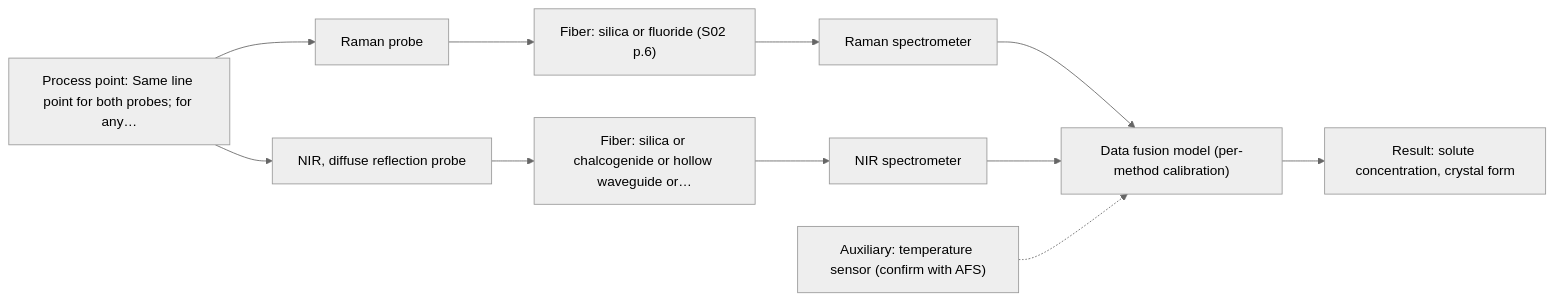
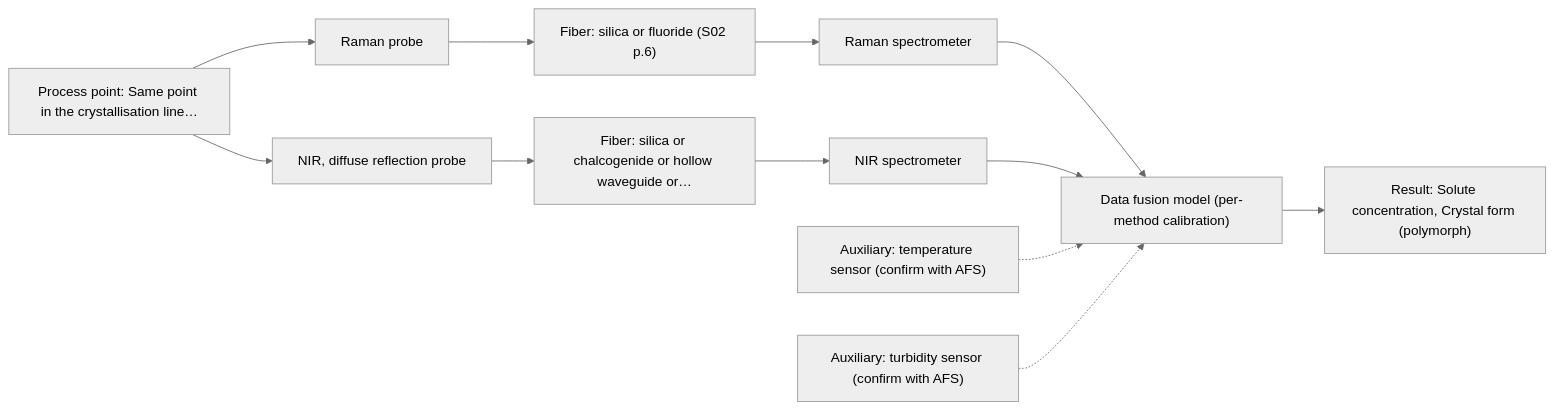
The second of 2 diagrams in outputs/adversarial/A11.md (sleipnir029/Afs-Spectroscopy-Assistant), drawn with Mermaid (neutral theme) before and after one commit. The commit also changed other lines of this file and 41 other files, not shown here.

````diff
--- a/outputs/adversarial/A11.md
+++ b/outputs/adversarial/A11.md
@@ -96,23 +100,25 @@
 ```mermaid
 flowchart LR
-    proc["Process point: Same line point for both probes; for any…"]
+    proc["Process point: Same point in the crystallisation line…"]
     probe1["Raman probe"]
     fiber1["Fiber: silica or fluoride (S02 p.6)"]
     spec1["Raman spectrometer"]
     probe2["NIR, diffuse reflection probe"]
     fiber2["Fiber: silica or chalcogenide or hollow waveguide or…"]
     spec2["NIR spectrometer"]
     model["Data fusion model (per-method calibration)"]
-    result["Result: solute concentration, crystal form"]
+    result["Result: Solute concentration, Crystal form (polymorph)"]
     aux1["Auxiliary: temperature sensor (confirm with AFS)"]
+    aux2["Auxiliary: turbidity sensor (confirm with AFS)"]
     proc --> probe1
     probe1 --> fiber1
     fiber1 --> spec1
     spec1 --> model
     proc --> probe2
     probe2 --> fiber2
     fiber2 --> spec2
     spec2 --> model
     model --> result
     aux1 -.-> model
+    aux2 -.-> model
 ```
````
